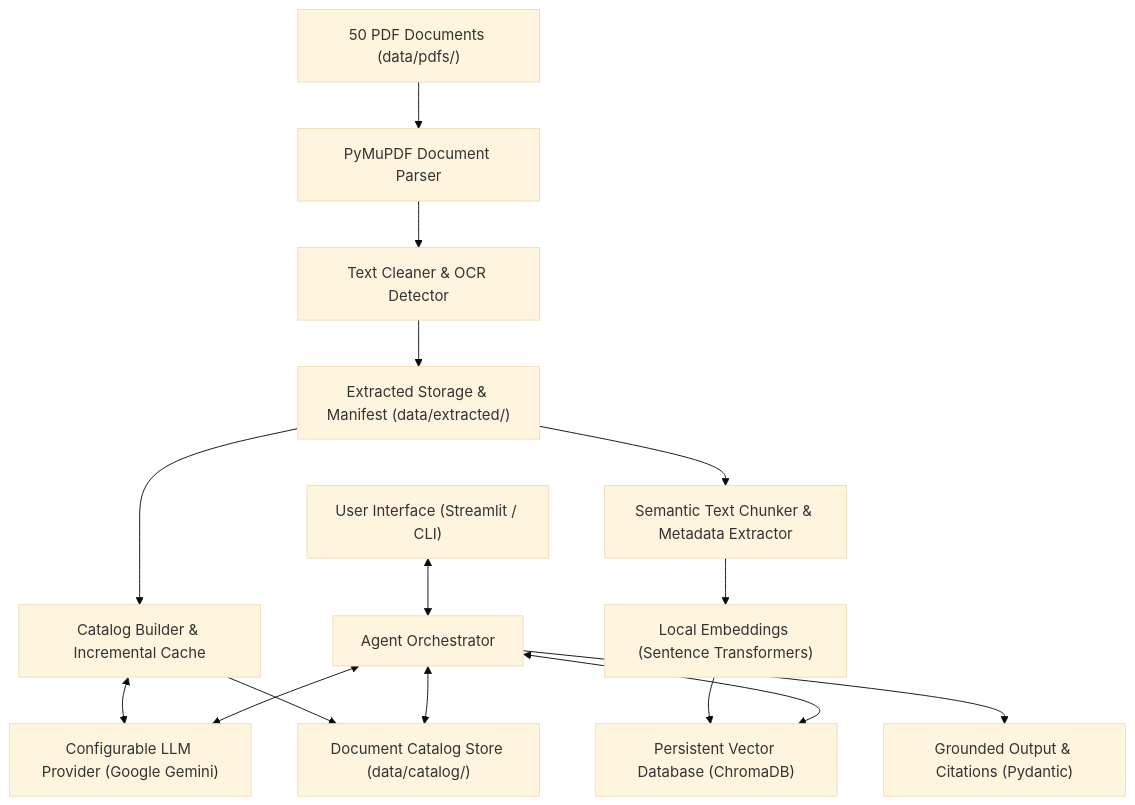
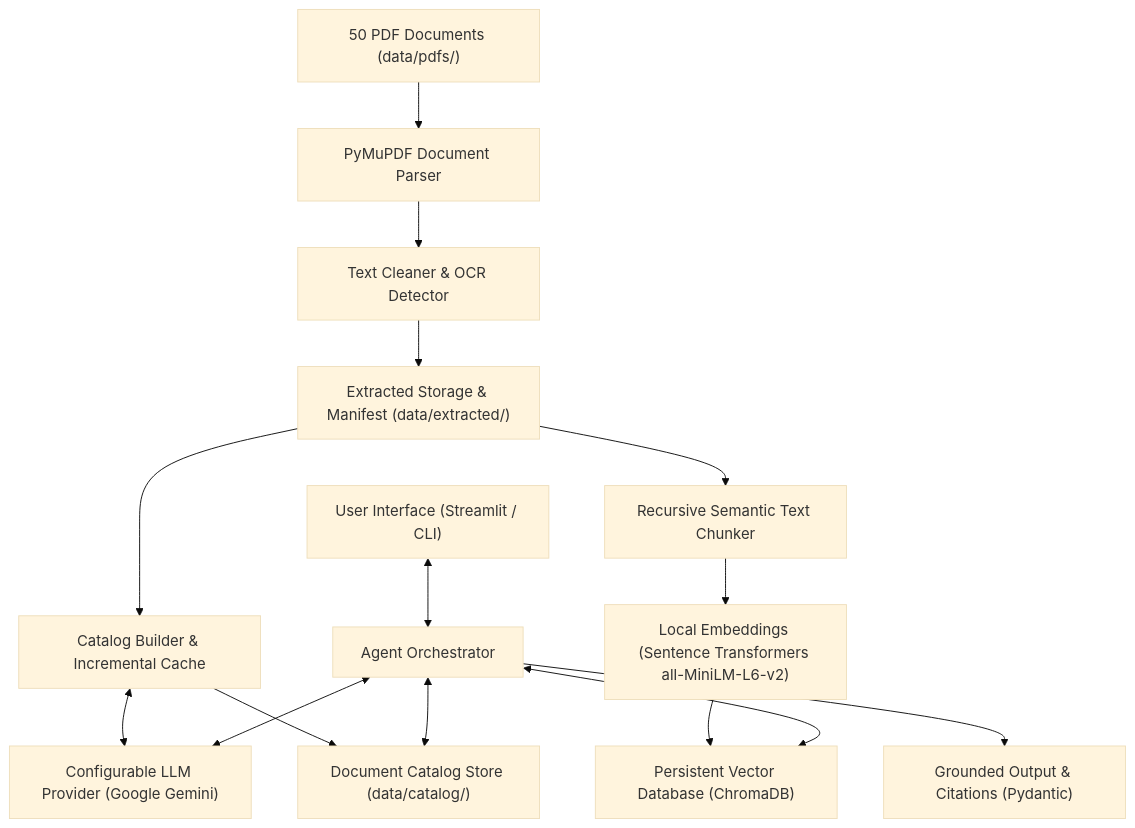
Before and after one commit to DIVYA-PAWAR-03/AI-Agent: the diagram in README.md, drawn with Mermaid (base theme). The commit also changed other lines of this file and 13 other files, not shown here.

````diff
--- a/README.md
+++ b/README.md
@@ -25,20 +26,20 @@
 ```mermaid
 flowchart TD
     PDFs["50 PDF Documents (data/pdfs/)"] --> Parser["PyMuPDF Document Parser"]
     Parser --> Cleaner["Text Cleaner & OCR Detector"]
     Cleaner --> Storage["Extracted Storage & Manifest (data/extracted/)"]
     
     Storage --> CatalogBuilder["Catalog Builder & Incremental Cache"]
     CatalogBuilder <--> LLM["Configurable LLM Provider (Google Gemini)"]
     CatalogBuilder --> CatalogStore["Document Catalog Store (data/catalog/)"]
     
-    Storage --> Chunker["Semantic Text Chunker & Metadata Extractor"]
-    Chunker --> Embedder["Local Embeddings (Sentence Transformers)"]
+    Storage --> Chunker["Recursive Semantic Text Chunker"]
+    Chunker --> Embedder["Local Embeddings (Sentence Transformers all-MiniLM-L6-v2)"]
     Embedder --> VectorDB["Persistent Vector Database (ChromaDB)"]
     
     User["User Interface (Streamlit / CLI)"] <--> Agent["Agent Orchestrator"]
     Agent <--> VectorDB
     Agent <--> CatalogStore
     Agent <--> LLM
     Agent --> Formatter["Grounded Output & Citations (Pydantic)"]
 ```
````
